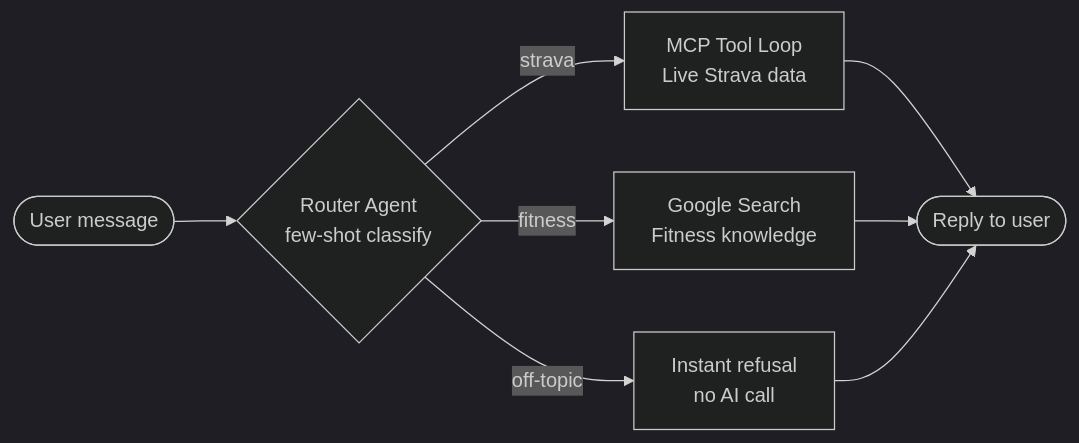
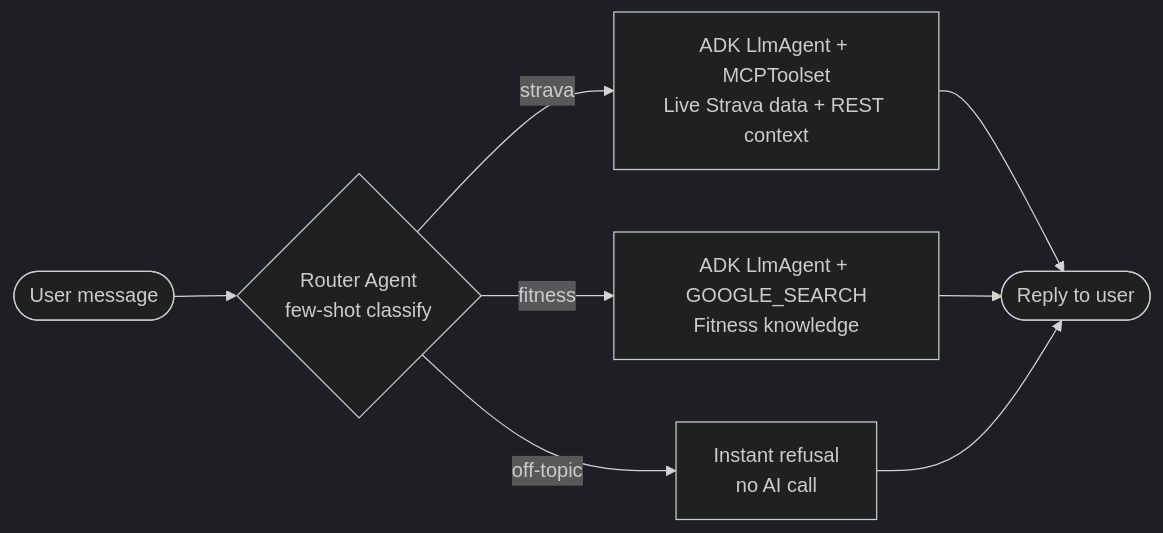
One commit to bhuvighosh3/HealthAnalyser changed the fourth of 5 diagrams in README.md. Above: the diagram before and after it, drawn with Mermaid (dark theme). The commit also changed other lines of this file, not shown here.

Commit message:
docs: update README with ADK architecture, Nutrition RAG pipeline, and Firecrawl setup

````diff
--- a/README.md
+++ b/README.md
@@ -147,10 +155,10 @@
 ```mermaid
 flowchart LR
     MSG([User message]) --> ROUTER{Router Agent\nfew-shot classify}
-    ROUTER -->|strava| MCP[MCP Tool Loop\nLive Strava data]
-    ROUTER -->|fitness| SEARCH[Google Search\nFitness knowledge]
+    ROUTER -->|strava| MCP[ADK LlmAgent + MCPToolset\nLive Strava data + REST context]
+    ROUTER -->|fitness| SEARCH[ADK LlmAgent + GOOGLE_SEARCH\nFitness knowledge]
     ROUTER -->|off-topic| REFUSE[Instant refusal\nno AI call]
     MCP --> REPLY([Reply to user])
     SEARCH --> REPLY
     REFUSE --> REPLY
 ```
````
